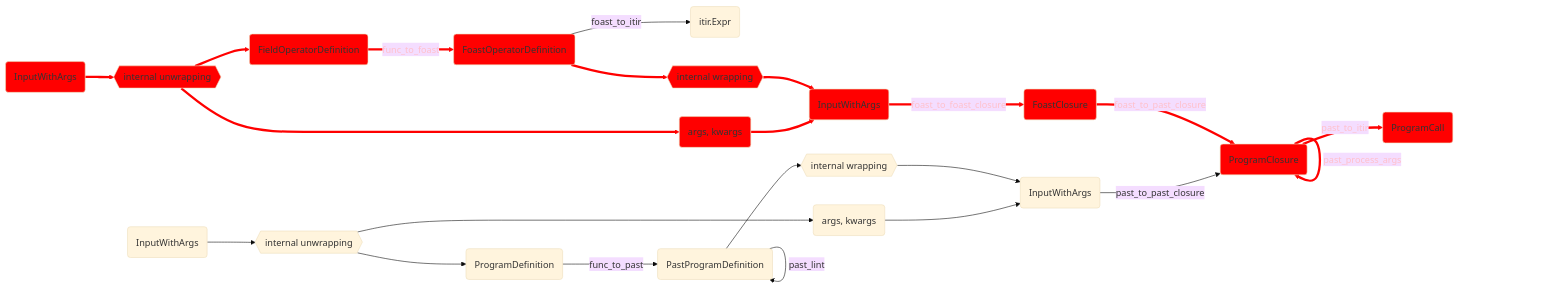
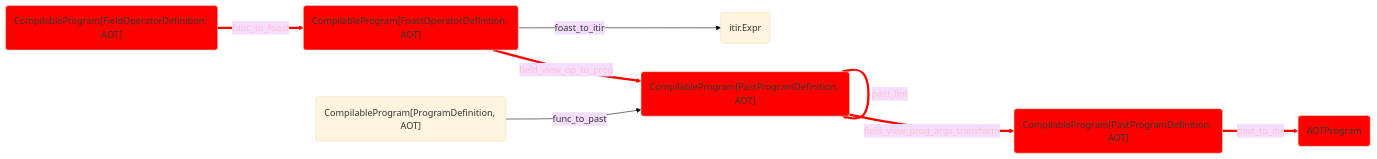
One commit to GridTools/gt4py changed the eighth of 10 diagrams in docs/user/next/advanced/ToolchainWalkthrough.md. Above: the diagram before and after it, drawn with Mermaid (base theme). The commit also changed other lines of this file and 48 other files, not shown here.

````diff
--- a/docs/user/next/advanced/ToolchainWalkthrough.md
+++ b/docs/user/next/advanced/ToolchainWalkthrough.md
@@ -428,38 +261,19 @@
 ```mermaid
 graph LR
 
-fdef(FieldOperatorDefinition) -->|func_to_foast| foast(FoastOperatorDefinition)
+fdef("CompilableProgram[FieldOperatorDefinition, AOT]") -->|func_to_foast| foast("CompilableProgram[FoastOperatorDefinition, AOT]")
 foast -->|foast_to_itir| itir_expr(itir.Expr)
-foasta -->|foast_to_foast_closure| fclos(FoastClosure)
-fclos -->|foast_to_past_closure| pclos(PastClosure)
-pclos -->|past_process_args| pclos
-pclos -->|past_to_itir| pcall(ProgramCall)
+foast -->|field_view_op_to_prog| past("CompilableProgram[PastProgramDefinition, AOT]")
+past -->|past_lint| past
+past -->|field_view_prog_args_transform| tapast("CompilableProgram[PastProgramDefinition, AOT]")
+tapast -->|past_to_itir| pcall(AOTProgram)
 
-pdef(ProgramDefinition) -->|func_to_past| past(PastProgramDefinition)
-past -->|past_lint| past
-pasta -->|past_to_past_closure| pclos(ProgramClosure)
+pdef("CompilableProgram[ProgramDefinition, AOT]") -->|func_to_past| past("CompilableProgram[PastProgramDefinition, AOT]")
 
-fdefa(InputWithArgs) --> fuwr{{"internal unwrapping"}} --> fdef
-fuwr --> fargs(args, kwargs)
-
-foast --> fiwr{{"internal wrapping"}} --> foasta(InputWithArgs)
-fargs --> foasta
-
-pdefa(InputWithArgs) --> puwr{{"internal unwrapping"}} --> pdef
-puwr --> pargs(args, kwargs)
-
-past --> piwr{{"internal wrapping"}} --> pasta(InputWithArgs)
-pargs --> pasta
-
-style fdefa fill:red
-style fuwr fill:red
 style fdef fill:red
-style fargs fill:red
 style foast fill:red
-style fiwr fill:red
-style foasta fill:red
-style fclos fill:red
-style pclos fill:red
+style past fill:red
+style tapast fill:red
 style pcall fill:red
-linkStyle 0,2,3,4,5,9,10,11,12,13,14 stroke:red,stroke-width:4px,color:pink
+linkStyle 0,2,3,4,5 stroke:red,stroke-width:4px,color:pink
 ```
````
